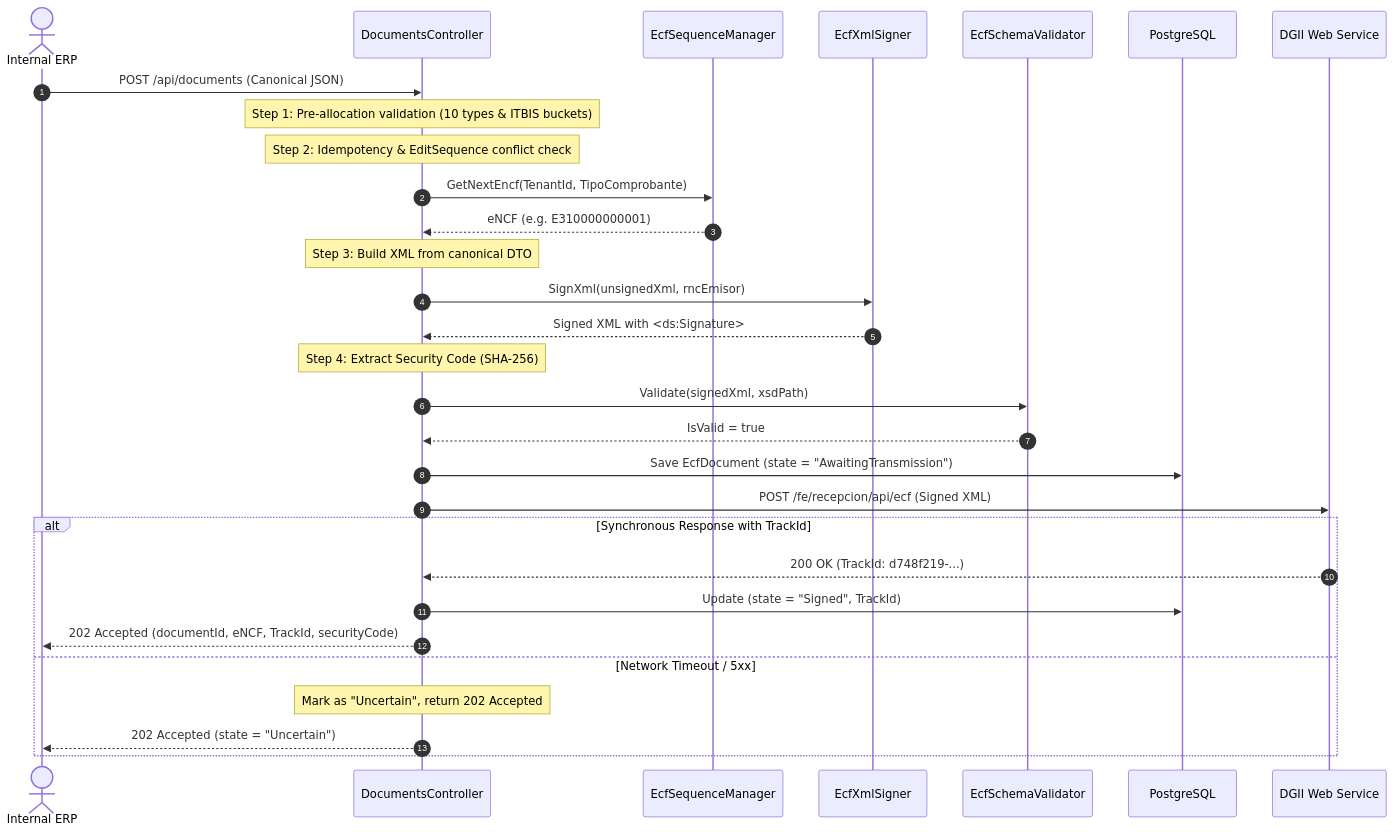
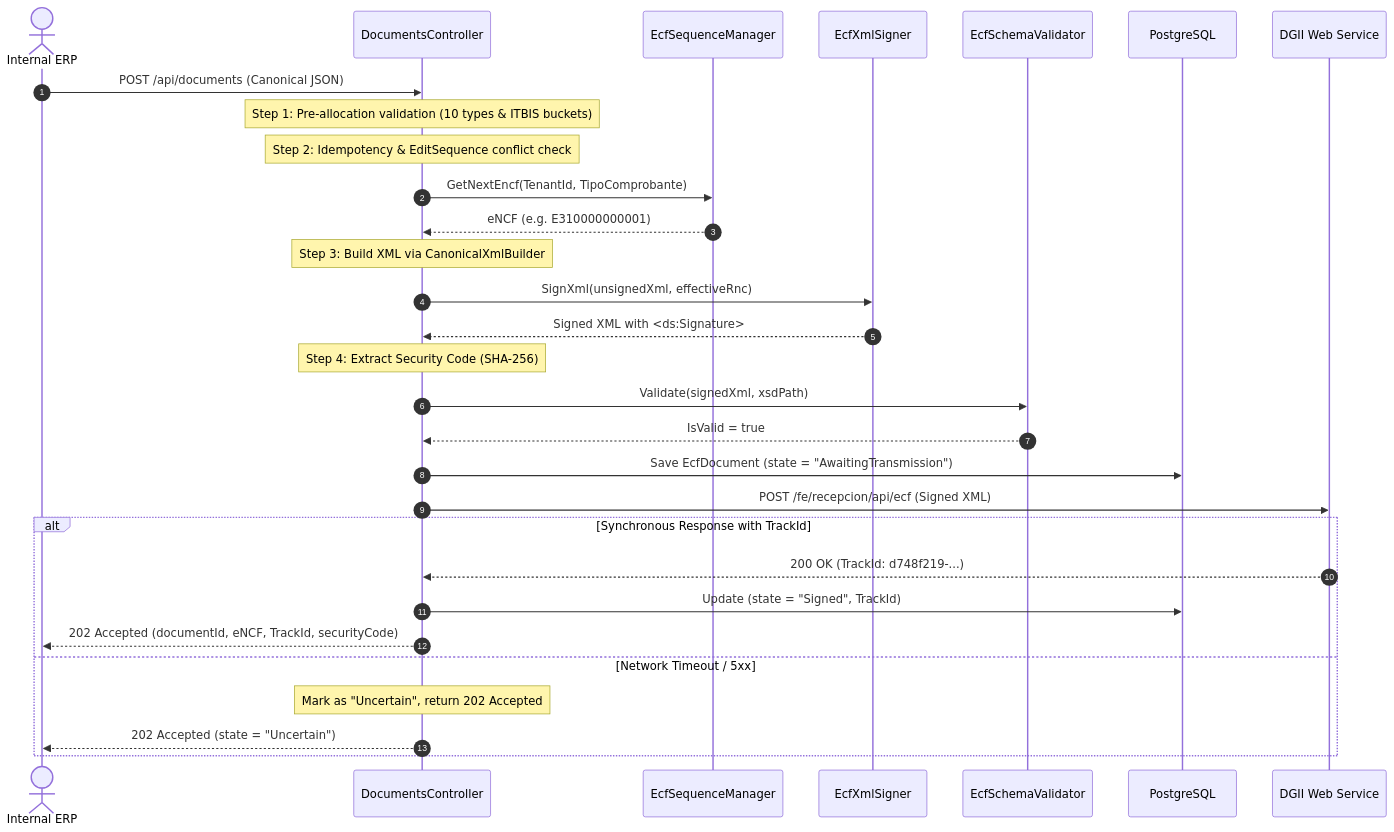
The second of 5 diagrams in README.md (JorgeGBeltre/EcfDgi.Client_C_Plus_Plus), drawn with Mermaid before and after one commit. The commit also changed other lines of this file and 5 other files, not shown here.

Commit message:
feat: implement CanonicalXmlBuilder for modular DGII-compliant XML generation

````diff
--- a/README.md
+++ b/README.md
@@ -182,33 +182,33 @@
 ```mermaid
 sequenceDiagram
     autonumber
     actor ERP as Internal ERP
     participant API as DocumentsController
     participant Seq as EcfSequenceManager
     participant Signer as EcfXmlSigner
     participant XSD as EcfSchemaValidator
     participant DB as PostgreSQL
     participant DGII as DGII Web Service
 
     ERP->>API: POST /api/documents (Canonical JSON)
     Note over API: Step 1: Pre-allocation validation (10 types & ITBIS buckets)
     Note over API: Step 2: Idempotency & EditSequence conflict check
     API->>Seq: GetNextEncf(TenantId, TipoComprobante)
     Seq-->>API: eNCF (e.g. E310000000001)
-    Note over API: Step 3: Build XML from canonical DTO
-    API->>Signer: SignXml(unsignedXml, rncEmisor)
+    Note over API: Step 3: Build XML via CanonicalXmlBuilder
+    API->>Signer: SignXml(unsignedXml, effectiveRnc)
     Signer-->>API: Signed XML with <ds:Signature>
     Note over API: Step 4: Extract Security Code (SHA-256)
     API->>XSD: Validate(signedXml, xsdPath)
     XSD-->>API: IsValid = true
     API->>DB: Save EcfDocument (state = "AwaitingTransmission")
     API->>DGII: POST /fe/recepcion/api/ecf (Signed XML)
     alt Synchronous Response with TrackId
         DGII-->>API: 200 OK (TrackId: d748f219-...)
         API->>DB: Update (state = "Signed", TrackId)
         API-->>ERP: 202 Accepted (documentId, eNCF, TrackId, securityCode)
     else Network Timeout / 5xx
         Note over API: Mark as "Uncertain", return 202 Accepted
         API-->>ERP: 202 Accepted (state = "Uncertain")
     end
 ```
````
